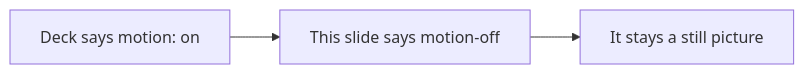
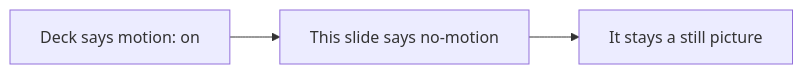
The fifth of 5 diagrams in examples/mermaid-motion.md (Laticent/lattice), drawn with Mermaid before and after one commit. The commit also changed other lines of this file and 185 other files, not shown here.

````diff
--- a/examples/mermaid-motion.md
+++ b/examples/mermaid-motion.md
@@ -108,5 +108,5 @@
 ```mermaid
 flowchart LR
-  A[Deck says motion: on] --> B[This slide says motion-off]
+  A[Deck says motion: on] --> B[This slide says no-motion]
   B --> C[It stays a still picture]
 ```
````
